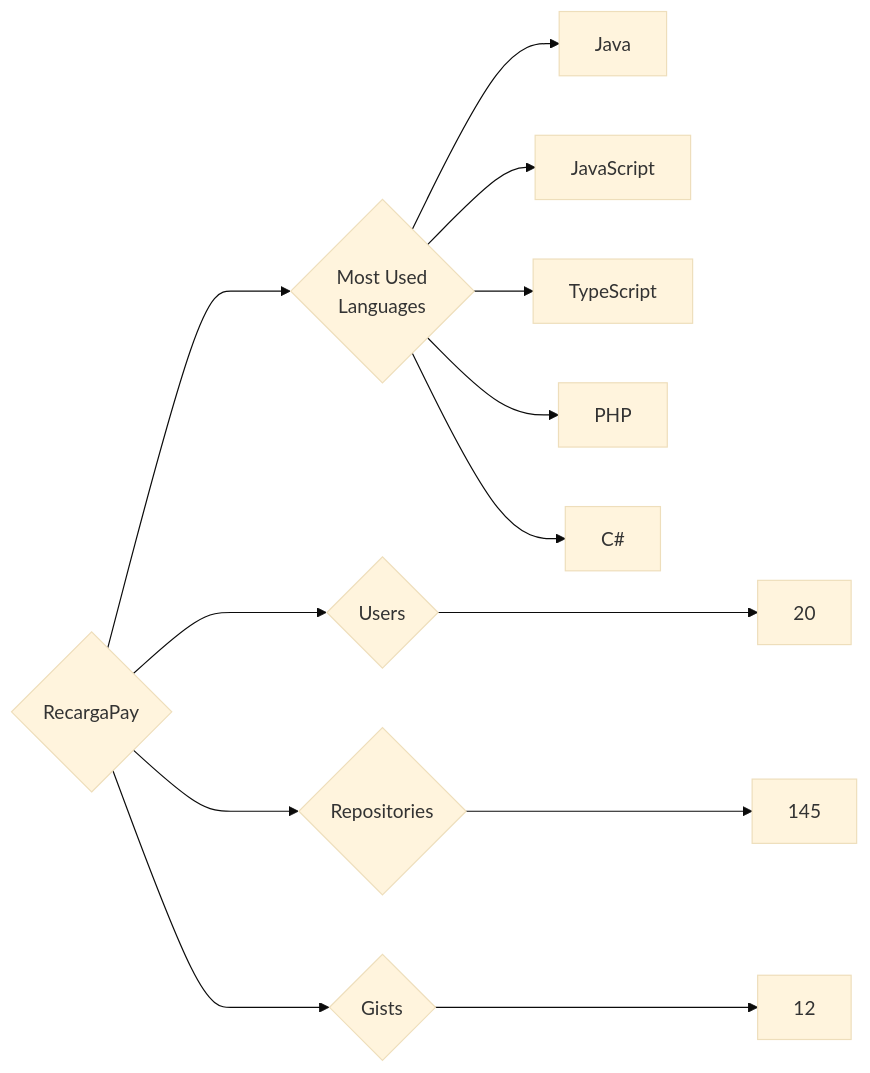
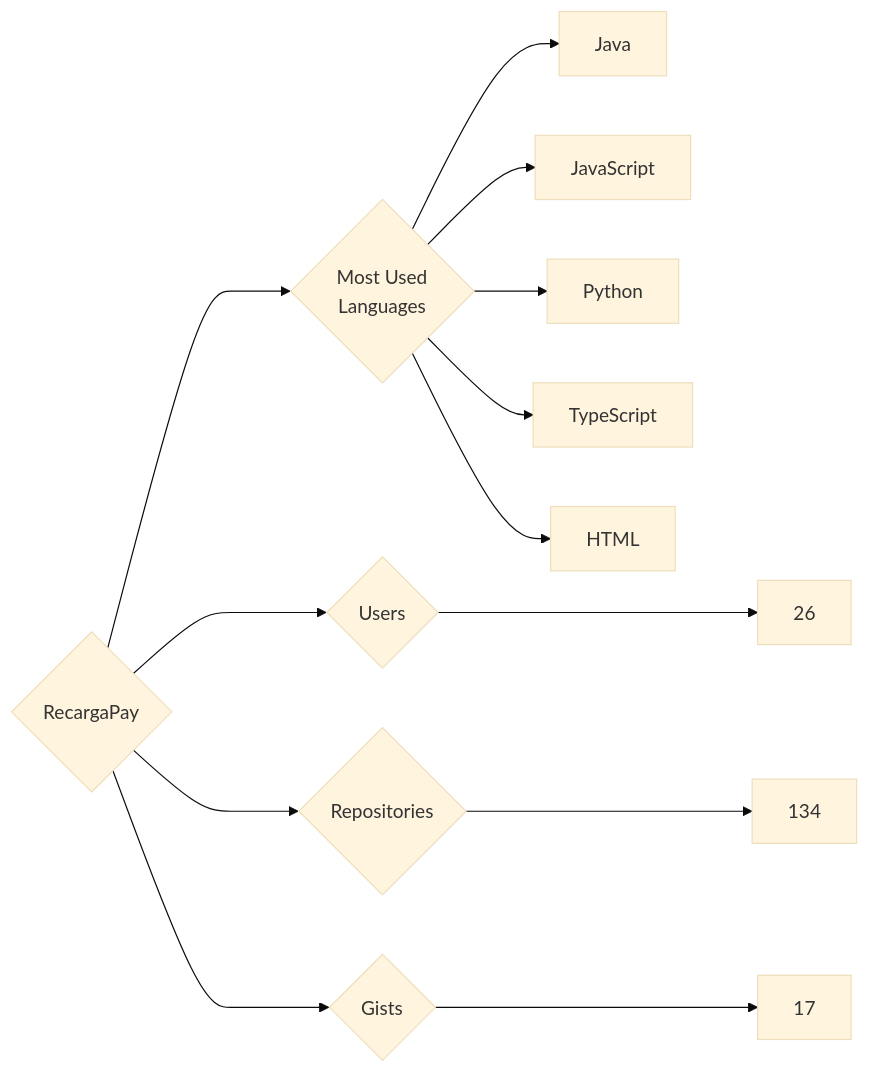
Before and after one commit to trickest/insiders: the diagram in targets/RecargaPay/README.md, drawn with Mermaid (base theme). The commit also changed 860 other files, not shown here.

````diff
--- a/targets/RecargaPay/README.md
+++ b/targets/RecargaPay/README.md
@@ -3,13 +3,13 @@
 ```mermaid
 graph LR
 COMPANY_NAME{RecargaPay}
-COMPANY_NAME ---> U{Users} ---> UN[20]
-COMPANY_NAME ---> R{Repositories} ---> RN[145]
-COMPANY_NAME ---> G{Gists} ---> GN[12]
+COMPANY_NAME ---> U{Users} ---> UN[26]
+COMPANY_NAME ---> R{Repositories} ---> RN[134]
+COMPANY_NAME ---> G{Gists} ---> GN[17]
 COMPANY_NAME ---> ML{Most Used<br>Languages}
 ML --> Java[Java]
 ML --> JavaScript[JavaScript]
+ML --> Python[Python]
 ML --> TypeScript[TypeScript]
-ML --> PHP[PHP]
-ML --> C#[C#]
+ML --> HTML[HTML]
 ```
````
